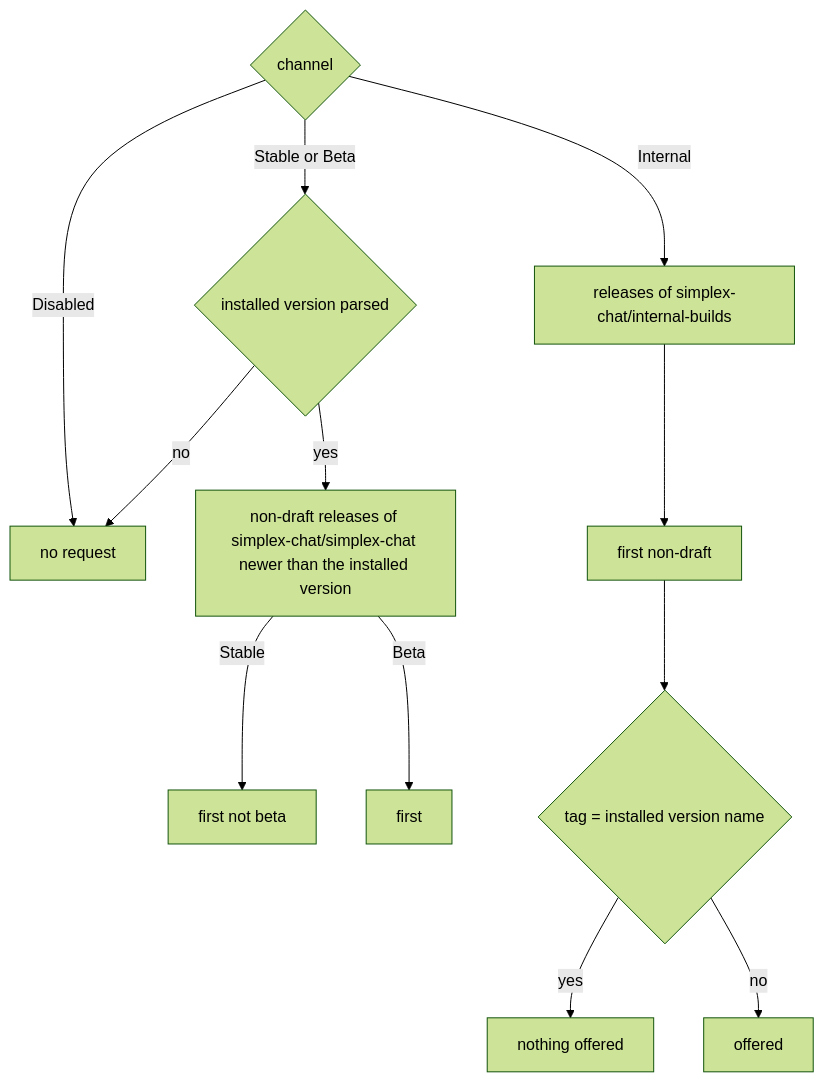
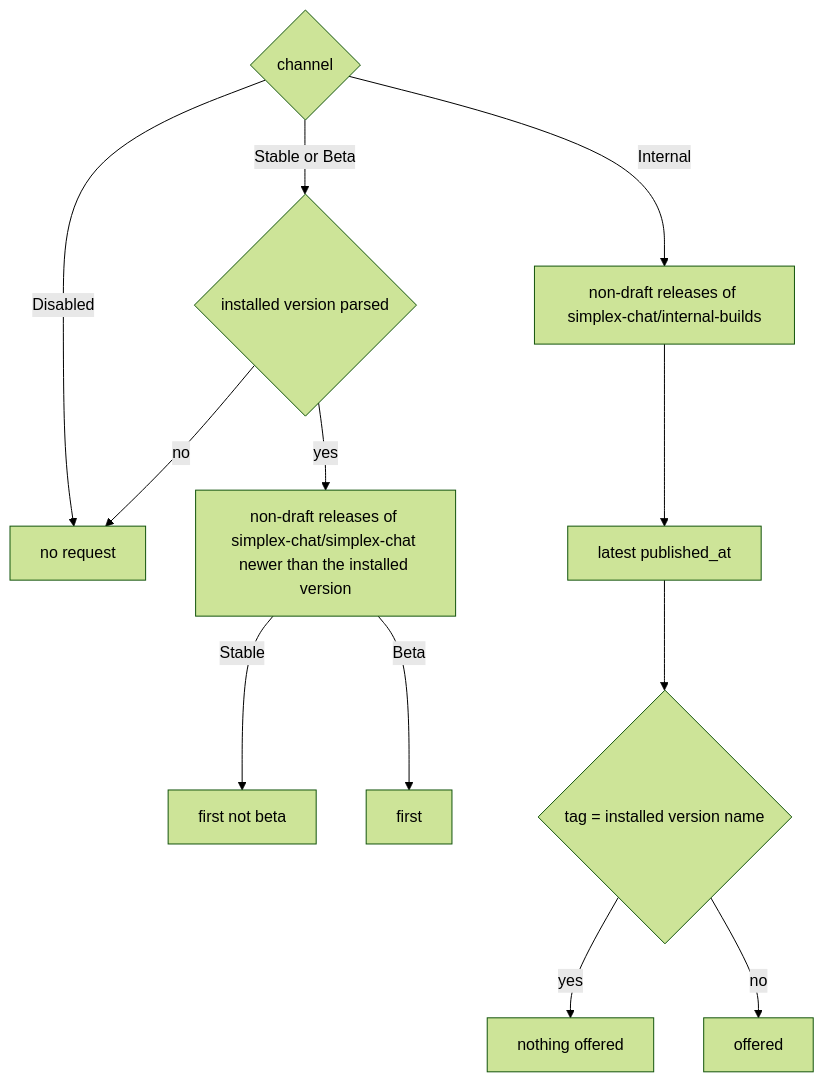
One commit to simplex-chat/simplex-chat changed the second of 2 diagrams in plans/2026-11-16-desktop-internal-updates.md. Above: the diagram before and after it, drawn with Mermaid (forest theme). The commit also changed other lines of this file and 5 other files, not shown here.

````diff
--- a/plans/2026-11-16-desktop-internal-updates.md
+++ b/plans/2026-11-16-desktop-internal-updates.md
@@ -47,14 +47,14 @@
 ```mermaid
 flowchart TD
   C{channel} -->|Disabled| X[no request]
   C -->|Stable or Beta| V{installed version parsed}
   V -->|no| X
   V -->|yes| M[non-draft releases of simplex-chat/simplex-chat newer than the installed version]
   M -->|Stable| S[first not beta]
   M -->|Beta| B[first]
-  C -->|Internal| I[releases of simplex-chat/internal-builds]
-  I --> F[first non-draft]
+  C -->|Internal| I[non-draft releases of simplex-chat/internal-builds]
+  I --> F[latest published_at]
   F --> T{tag = installed version name}
   T -->|yes| N[nothing offered]
   T -->|no| O[offered]
 ```
````
